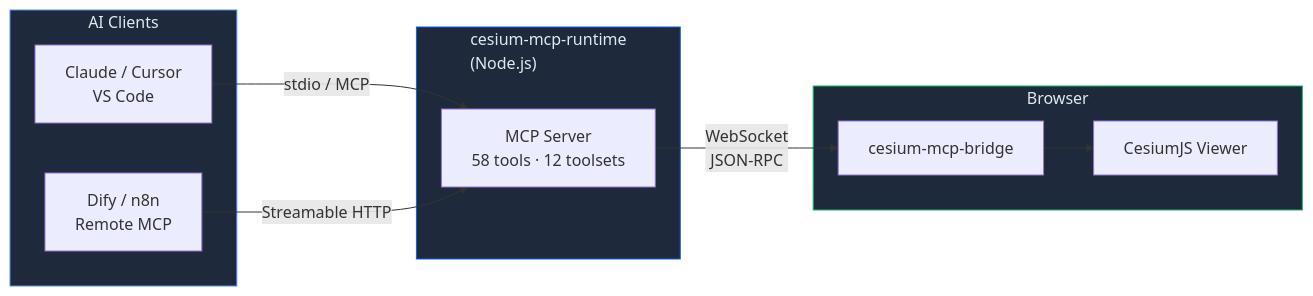
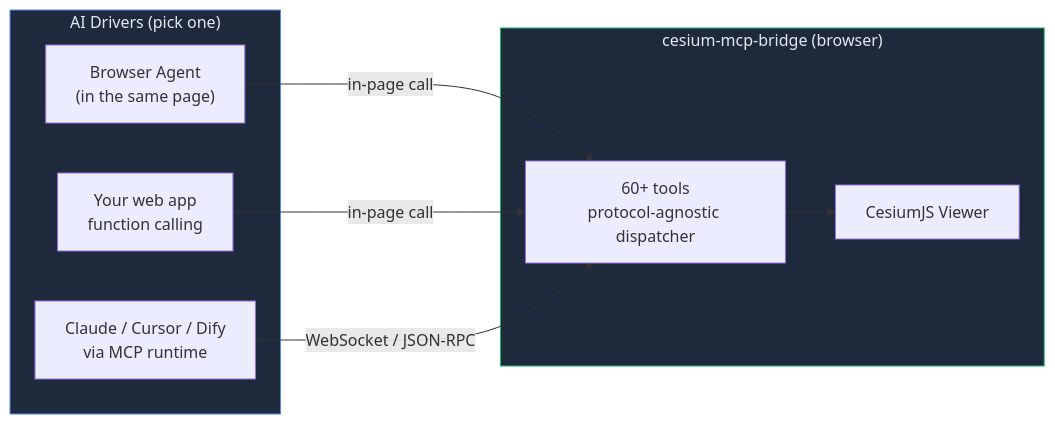
The diagram in README.md (gaopengbin/cesium-mcp), drawn with Mermaid before and after one commit. The commit also changed other lines of this file and 14 other files, not shown here.

First line of the commit message:
docs: pivot narrative to bridge-as-core + browser-agent as recommended entry

````diff
--- a/README.md
+++ b/README.md
@@ -60,25 +65,21 @@
 ```mermaid
 flowchart LR
-  subgraph clients ["AI Clients"]
-    A["Claude / Cursor\nVS Code"]
-    D["Dify / n8n\nRemote MCP"]
+  subgraph clients ["AI Drivers (pick one)"]
+    BA["Browser Agent\n(in the same page)"]
+    FC["Your web app\nfunction calling"]
+    MCP["Claude / Cursor / Dify\nvia MCP runtime"]
   end
 
-  subgraph server ["cesium-mcp-runtime\n(Node.js)"]
-    R["MCP Server\n58 tools · 12 toolsets"]
-  end
-
-  subgraph browser ["Browser"]
-    B["cesium-mcp-bridge"]
+  subgraph core ["cesium-mcp-bridge (browser)"]
+    B["60+ tools\nprotocol-agnostic dispatcher"]
     C["CesiumJS Viewer"]
   end
 
-  A -- "stdio / MCP" --> R
-  D -- "Streamable HTTP" --> R
-  R -- "WebSocket\nJSON-RPC" --> B
+  BA -- "in-page call" --> B
+  FC -- "in-page call" --> B
+  MCP -- "WebSocket / JSON-RPC" --> B
   B --> C
 
   style clients fill:#1e293b,stroke:#528bff,color:#e2e8f0
-  style server fill:#1e293b,stroke:#155EEF,color:#e2e8f0
-  style browser fill:#1e293b,stroke:#12B76A,color:#e2e8f0
+  style core fill:#1e293b,stroke:#12B76A,color:#e2e8f0
 ```
````
